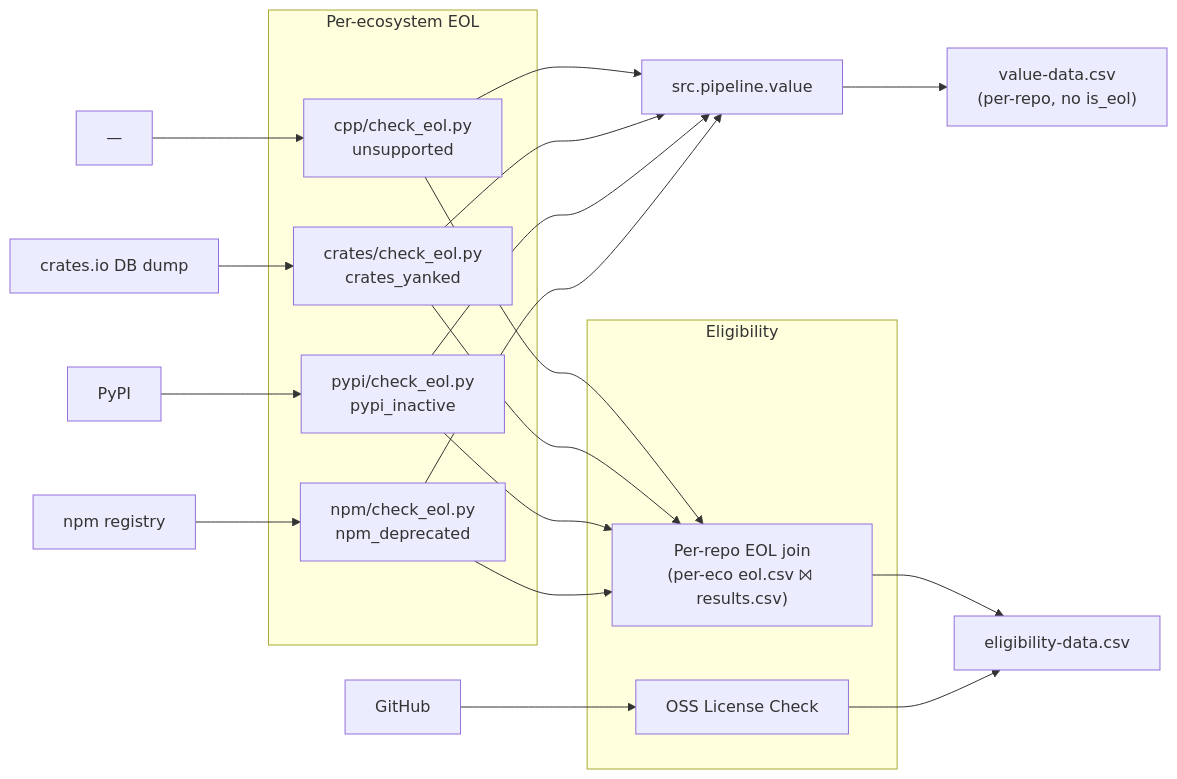
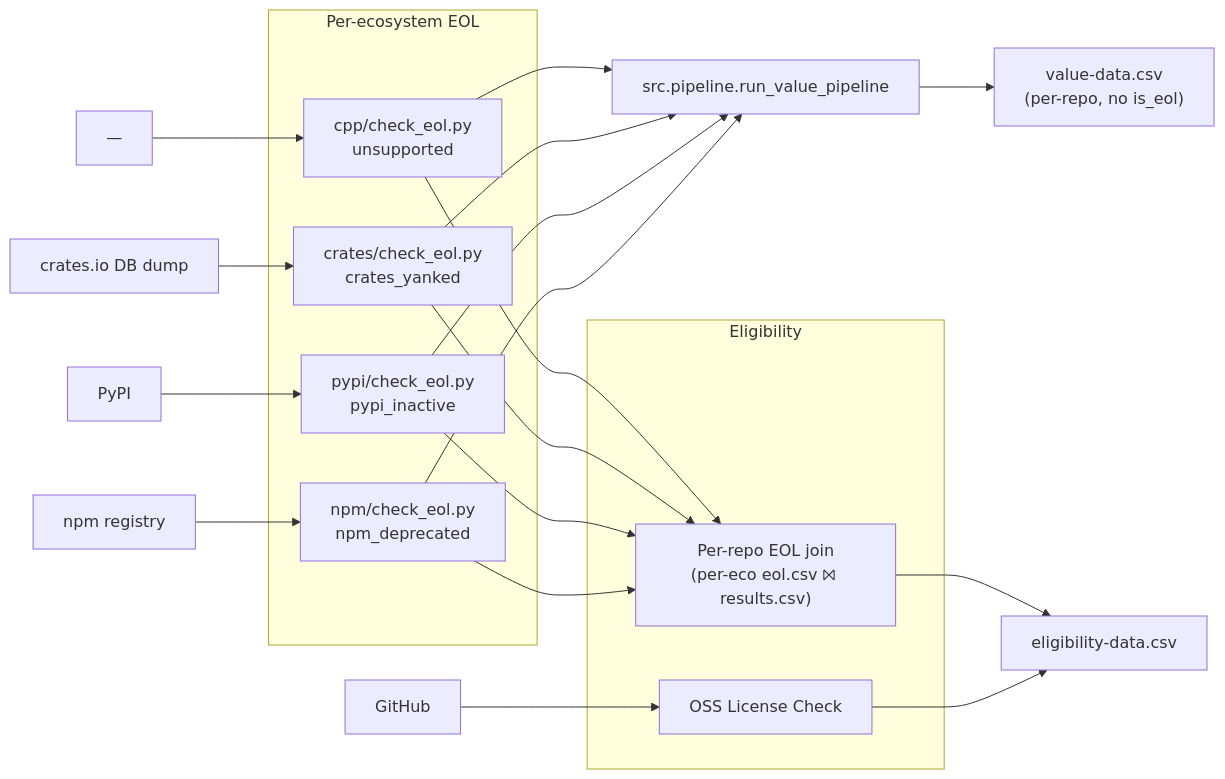
Before and after one commit to osendowment/model: the diagram in docs/eligibility.md, drawn with Mermaid. The commit also changed other lines of this file and 3 other files, not shown here.

Commit message:
docs: update pipeline module paths for the src/pipeline restructure

````diff
--- a/docs/eligibility.md
+++ b/docs/eligibility.md
@@ -62,35 +62,35 @@
 ```mermaid
 graph LR
     github["GitHub"]
     npm["npm registry"]
     pypi["PyPI"]
     crates["crates.io DB dump"]
     cpp["—"]
 
     subgraph EOL["Per-ecosystem EOL"]
         npm_eol["npm/check_eol.py<br/>npm_deprecated"]
         pypi_eol["pypi/check_eol.py<br/>pypi_inactive"]
         crates_eol["crates/check_eol.py<br/>crates_yanked"]
         cpp_eol["cpp/check_eol.py<br/>unsupported"]
     end
 
-    npm --> npm_eol --> unify["src.pipeline.value"]
+    npm --> npm_eol --> unify["src.pipeline.run_value_pipeline"]
     pypi --> pypi_eol --> unify
     crates --> crates_eol --> unify
     cpp --> cpp_eol --> unify
 
     unify --> value["value-data.csv<br/>(per-repo, no is_eol)"]
 
     subgraph Eligibility["Eligibility"]
         license["OSS License Check"]
         eol_join["Per-repo EOL join<br/>(per-eco eol.csv ⨝ results.csv)"]
     end
 
     github --> license
     npm_eol --> eol_join
     pypi_eol --> eol_join
     crates_eol --> eol_join
     cpp_eol --> eol_join
     license --> output["eligibility-data.csv"]
     eol_join --> output
 ```
````
